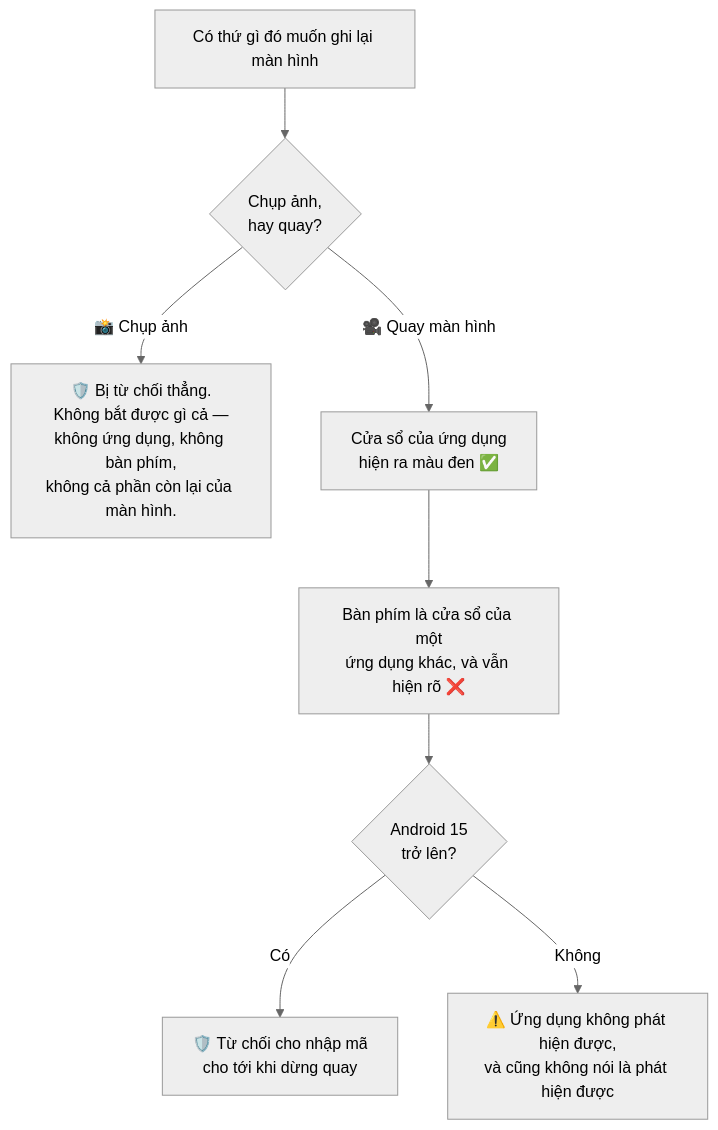
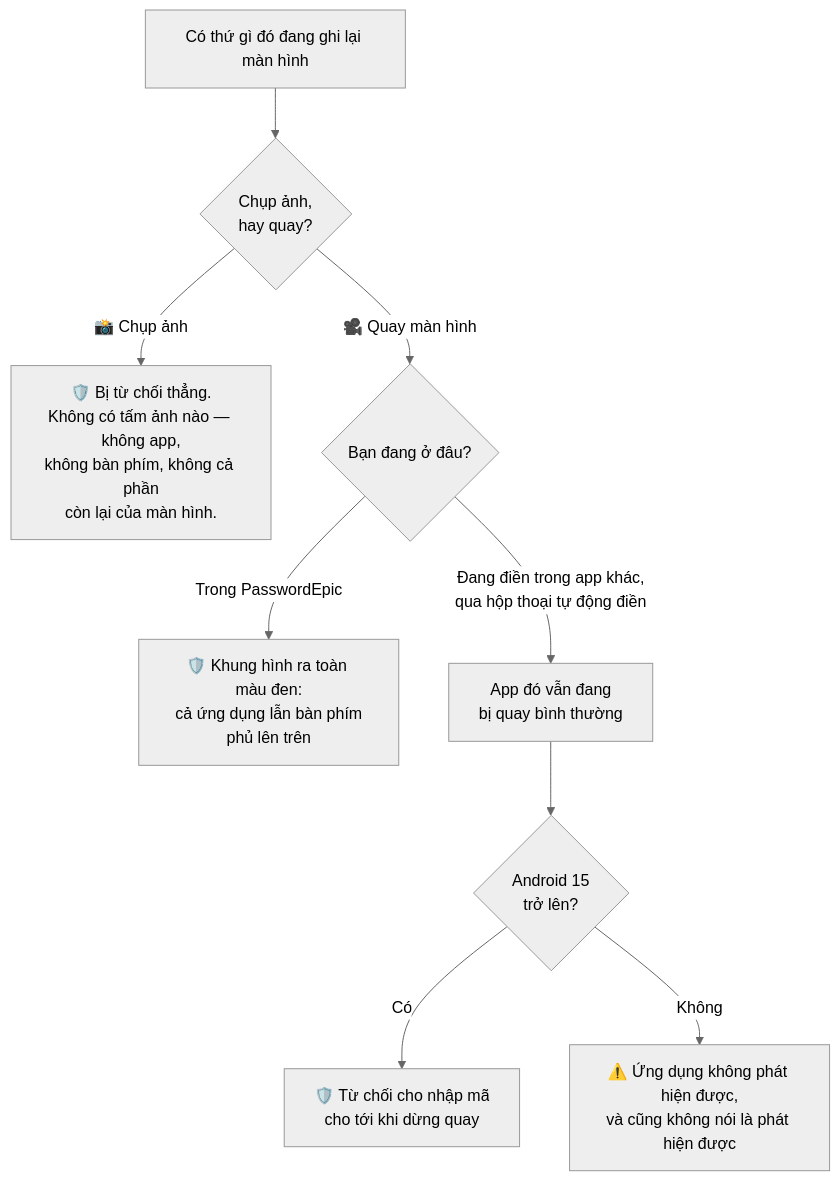
Before and after one commit to TuPhung369/passwordepic-website: the seventh of 16 diagrams in i18n/vi/docusaurus-plugin-content-docs/current/plain-words.md, drawn with Mermaid (neutral theme). The commit also changed other lines of this file and 10 other files, not shown here.

````diff
--- a/i18n/vi/docusaurus-plugin-content-docs/current/plain-words.md
+++ b/i18n/vi/docusaurus-plugin-content-docs/current/plain-words.md
@@ -143,10 +143,11 @@
 ```mermaid
 flowchart TD
-  A["Có thứ gì đó muốn ghi lại màn hình"] --> B{"Chụp ảnh,<br/>hay quay?"}
-  B -->|"📸 Chụp ảnh"| C["🛡️ Bị từ chối thẳng.<br/>Không bắt được gì cả —<br/>không ứng dụng, không bàn phím,<br/>không cả phần còn lại của màn hình."]
-  B -->|"🎥 Quay màn hình"| D["Cửa sổ của ứng dụng<br/>hiện ra màu đen ✅"]
-  D --> E["Bàn phím là cửa sổ của một<br/>ứng dụng khác, và vẫn hiện rõ ❌"]
-  E --> F{"Android 15<br/>trở lên?"}
-  F -->|"Có"| G["🛡️ Từ chối cho nhập mã<br/>cho tới khi dừng quay"]
-  F -->|"Không"| H["⚠️ Ứng dụng không phát hiện được,<br/>và cũng không nói là phát hiện được"]
+  A["Có thứ gì đó đang ghi lại màn hình"] --> B{"Chụp ảnh,<br/>hay quay?"}
+  B -->|"📸 Chụp ảnh"| C["🛡️ Bị từ chối thẳng.<br/>Không có tấm ảnh nào — không app,<br/>không bàn phím, không cả phần<br/>còn lại của màn hình."]
+  B -->|"🎥 Quay màn hình"| D{"Bạn đang ở đâu?"}
+  D -->|"Trong PasswordEpic"| E["🛡️ Khung hình ra toàn màu đen:<br/>cả ứng dụng lẫn bàn phím<br/>phủ lên trên"]
+  D -->|"Đang điền trong app khác,<br/>qua hộp thoại tự động điền"| F["App đó vẫn đang<br/>bị quay bình thường"]
+  F --> G{"Android 15<br/>trở lên?"}
+  G -->|"Có"| H["🛡️ Từ chối cho nhập mã<br/>cho tới khi dừng quay"]
+  G -->|"Không"| I["⚠️ Ứng dụng không phát hiện được,<br/>và cũng không nói là phát hiện được"]
 ```
````
